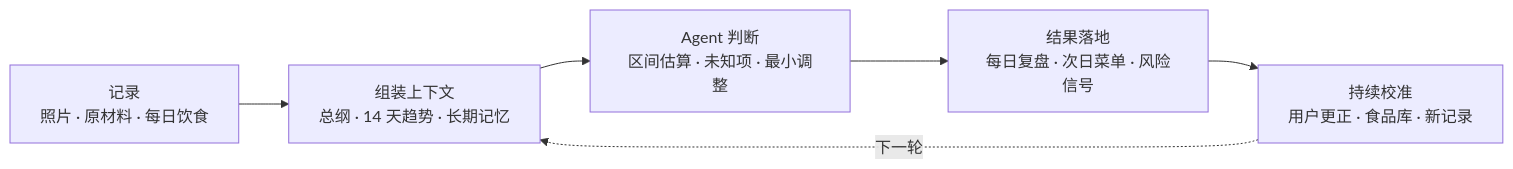
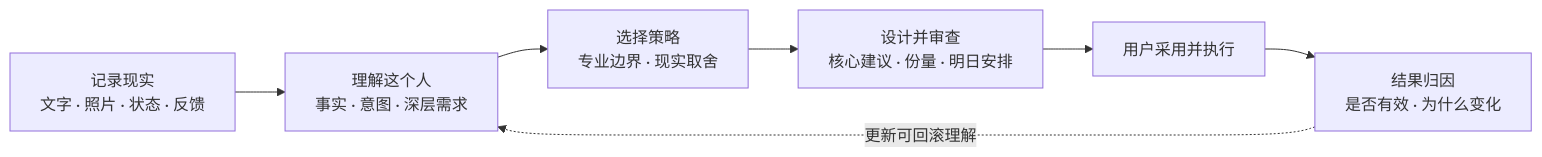
Before and after one commit to QianQIUlp/meal-circuit: the second of 2 diagrams in README.md, drawn with Mermaid. The commit also changed other lines of this file and 40 other files, not shown here.

````diff
--- a/README.md
+++ b/README.md
@@ -262,9 +259,10 @@
 ```mermaid
 flowchart LR
-    A["记录<br/>照片 · 原材料 · 每日饮食"] --> B["组装上下文<br/>总纲 · 14 天趋势 · 长期记忆"]
-    B --> C["Agent 判断<br/>区间估算 · 未知项 · 最小调整"]
-    C --> D["结果落地<br/>每日复盘 · 次日菜单 · 风险信号"]
-    D --> E["持续校准<br/>用户更正 · 食品库 · 新记录"]
-    E -. 下一轮 .-> B
+    A["记录现实<br/>文字 · 照片 · 状态 · 反馈"] --> B["理解这个人<br/>事实 · 意图 · 深层需求"]
+    B --> C["选择策略<br/>专业边界 · 现实取舍"]
+    C --> D["设计并审查<br/>核心建议 · 份量 · 明日安排"]
+    D --> E["用户采用并执行"]
+    E --> F["结果归因<br/>是否有效 · 为什么变化"]
+    F -. 更新可回滚理解 .-> B
 
 ```
````
